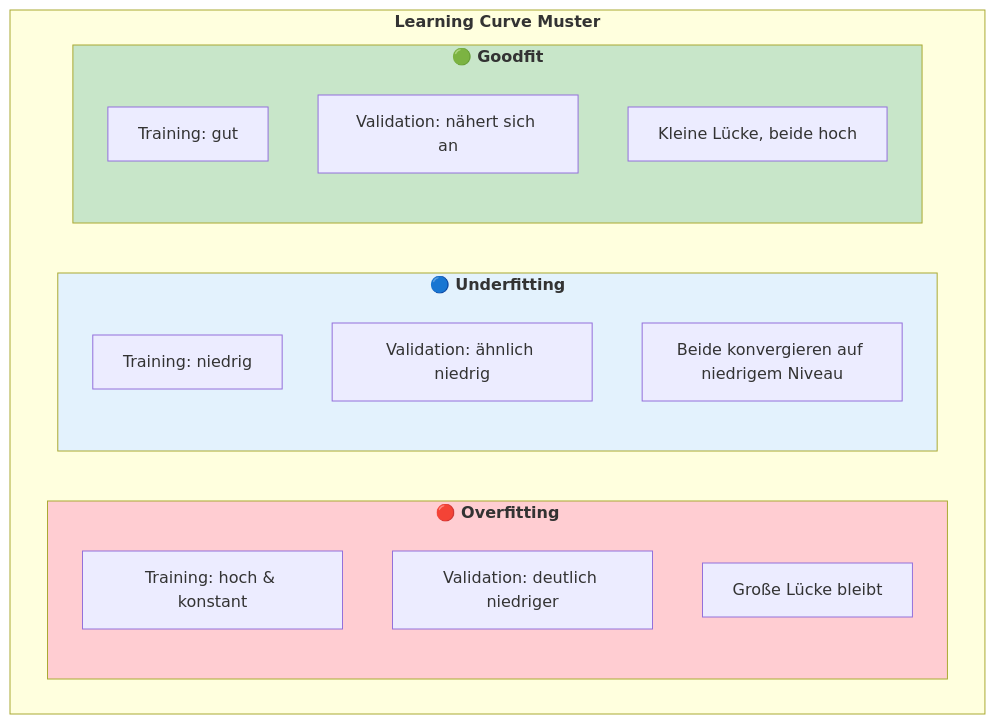
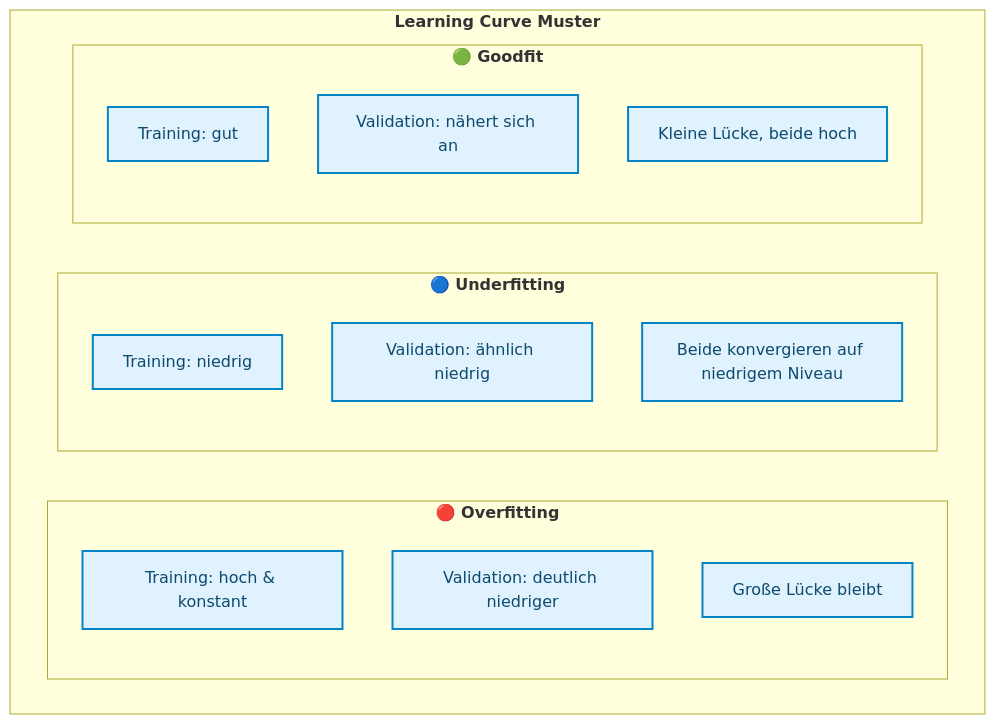
One commit to ralf-42/ML_Intro changed the fifth of 7 diagrams in docs/concepts/evaluate/overfitting.md. Above: the diagram before and after it, drawn with Mermaid. The commit also changed other lines of this file and 67 other files, not shown here.

````diff
--- a/docs/concepts/evaluate/overfitting.md
+++ b/docs/concepts/evaluate/overfitting.md
@@ -265,26 +266,24 @@
 ```mermaid
 flowchart TB
     subgraph patterns["<b>Learning Curve Muster"]
         subgraph overfit["<b>🔴 Overfitting"]
             O1["Training: hoch & konstant"]
             O2["Validation: deutlich niedriger"]
             O3["Große Lücke bleibt"]
         end
         
         subgraph underfit["<b>🔵 Underfitting"]
             U1["Training: niedrig"]
             U2["Validation: ähnlich niedrig"]
             U3["Beide konvergieren auf niedrigem Niveau"]
         end
         
         subgraph good["<b>🟢 Goodfit"]
             G1["Training: gut"]
             G2["Validation: nähert sich an"]
             G3["Kleine Lücke, beide hoch"]
         end
     end
-    
-    style overfit fill:#ffcdd2
-    style underfit fill:#e3f2fd
-    style good fill:#c8e6c9
+
+    classDef default fill:#e0f2fe,stroke:#0284c7,stroke-width:2px,color:#0c4a6e;
 ```
````
